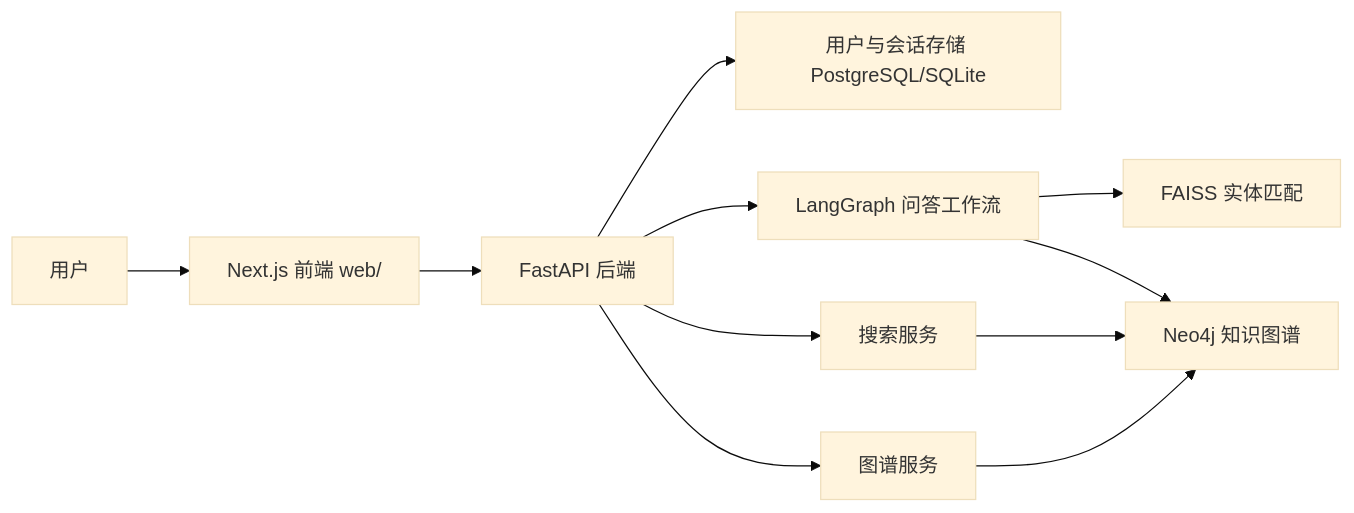
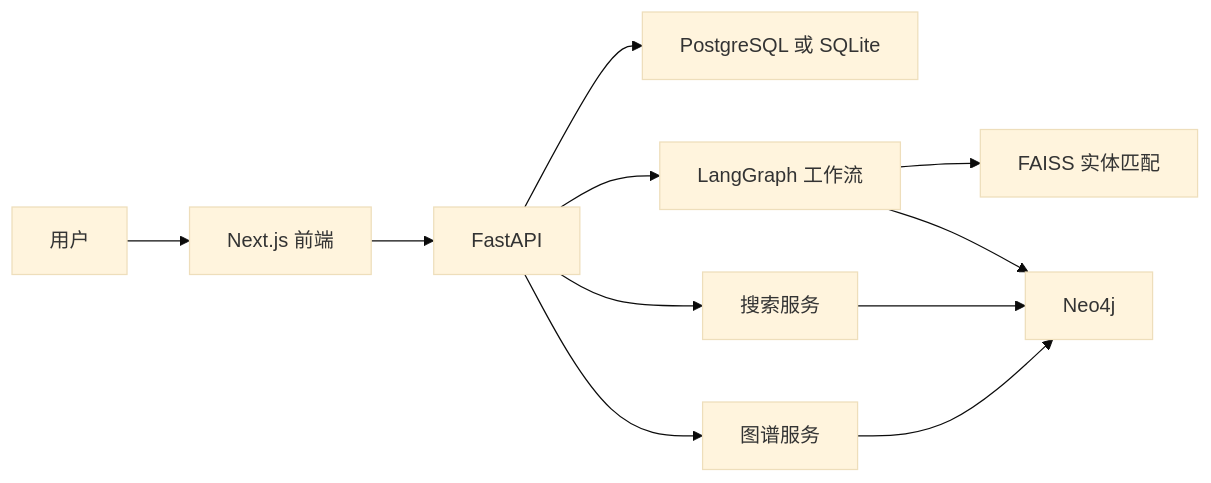
One commit to kareyjon6-lang/Medical_KG changed the diagram in README.md. Above: the diagram before and after it, drawn with Mermaid (base theme). The commit also changed other lines of this file and 2235 other files, not shown here.

````diff
--- a/README.md
+++ b/README.md
@@ -58,13 +44,13 @@
 ```mermaid
 flowchart LR
-    User[用户] --> Web[Next.js 前端 web/]
-    Web --> API[FastAPI 后端]
-    API --> Auth[用户与会话存储 PostgreSQL/SQLite]
-    API --> Workflow[LangGraph 问答工作流]
+    User[用户] --> Web[Next.js 前端]
+    Web --> API[FastAPI]
+    API --> Store[PostgreSQL 或 SQLite]
+    API --> Workflow[LangGraph 工作流]
     API --> Search[搜索服务]
     API --> Graph[图谱服务]
     Workflow --> FAISS[FAISS 实体匹配]
-    Workflow --> Neo4j[Neo4j 知识图谱]
+    Workflow --> Neo4j[Neo4j]
     Search --> Neo4j
     Graph --> Neo4j
 ```
````
